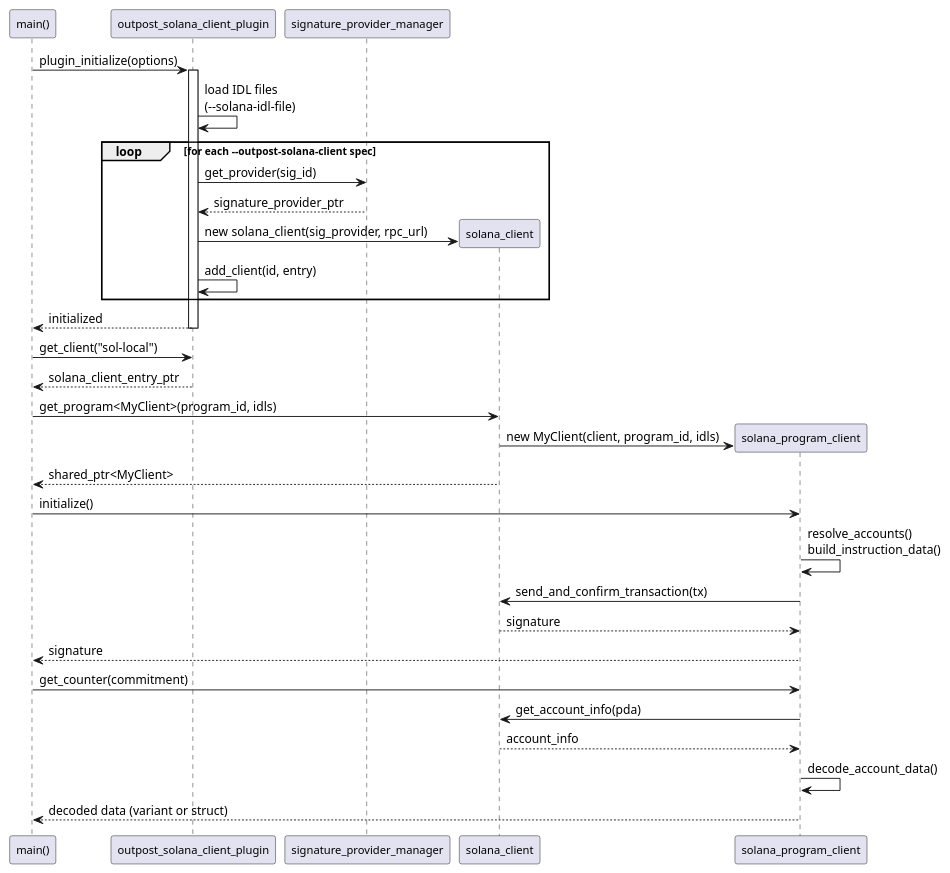
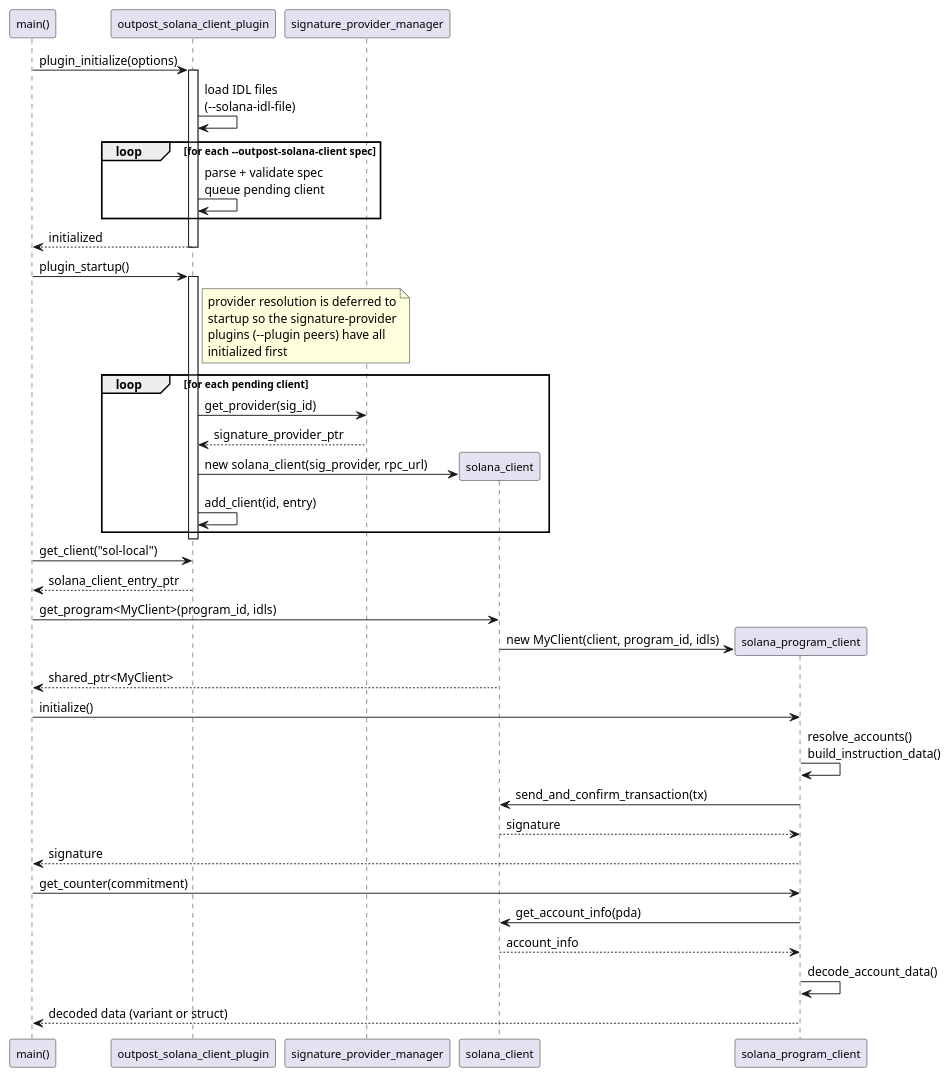
Before and after one commit to Wire-Network/wire-sysio: the fourth of 4 diagrams in plugins/outpost_solana_client_plugin/README.md, drawn with PlantUML. The commit also changed other lines of this file and 45 other files, not shown here.

````diff
--- a/plugins/outpost_solana_client_plugin/README.md
+++ b/plugins/outpost_solana_client_plugin/README.md
@@ -375,48 +375,62 @@
 ```plantuml
 @startuml
 skinparam participantFontSize 12
 skinparam sequenceFontSize 11
 
 participant "main()" as Main
 participant "outpost_solana_client_plugin" as Plugin
 participant "signature_provider_manager" as SigMgr
 participant "solana_client" as Client
 participant "solana_program_client" as ProgramClient
 
 Main -> Plugin : plugin_initialize(options)
 activate Plugin
 
 Plugin -> Plugin : load IDL files\n(--solana-idl-file)
 
 loop for each --outpost-solana-client spec
+   Plugin -> Plugin : parse + validate spec\nqueue pending client
+end
+
+Plugin --> Main : initialized
+deactivate Plugin
+
+Main -> Plugin : plugin_startup()
+activate Plugin
+note right of Plugin
+  provider resolution is deferred to
+  startup so the signature-provider
+  plugins (--plugin peers) have all
+  initialized first
+end note
+
+loop for each pending client
    Plugin -> SigMgr : get_provider(sig_id)
    SigMgr --> Plugin : signature_provider_ptr
 
    Plugin -> Client ** : new solana_client(sig_provider, rpc_url)
    Plugin -> Plugin : add_client(id, entry)
 end
-
-Plugin --> Main : initialized
 deactivate Plugin
 
 Main -> Plugin : get_client("sol-local")
 Plugin --> Main : solana_client_entry_ptr
 
 Main -> Client : get_program<MyClient>(program_id, idls)
 Client -> ProgramClient ** : new MyClient(client, program_id, idls)
 Client --> Main : shared_ptr<MyClient>
 
 Main -> ProgramClient : initialize()
 ProgramClient -> ProgramClient : resolve_accounts()\nbuild_instruction_data()
 ProgramClient -> Client : send_and_confirm_transaction(tx)
 Client --> ProgramClient : signature
 ProgramClient --> Main : signature
 
 Main -> ProgramClient : get_counter(commitment)
 ProgramClient -> Client : get_account_info(pda)
 Client --> ProgramClient : account_info
 ProgramClient -> ProgramClient : decode_account_data()
 ProgramClient --> Main : decoded data (variant or struct)
 
 @enduml
 ```
````
